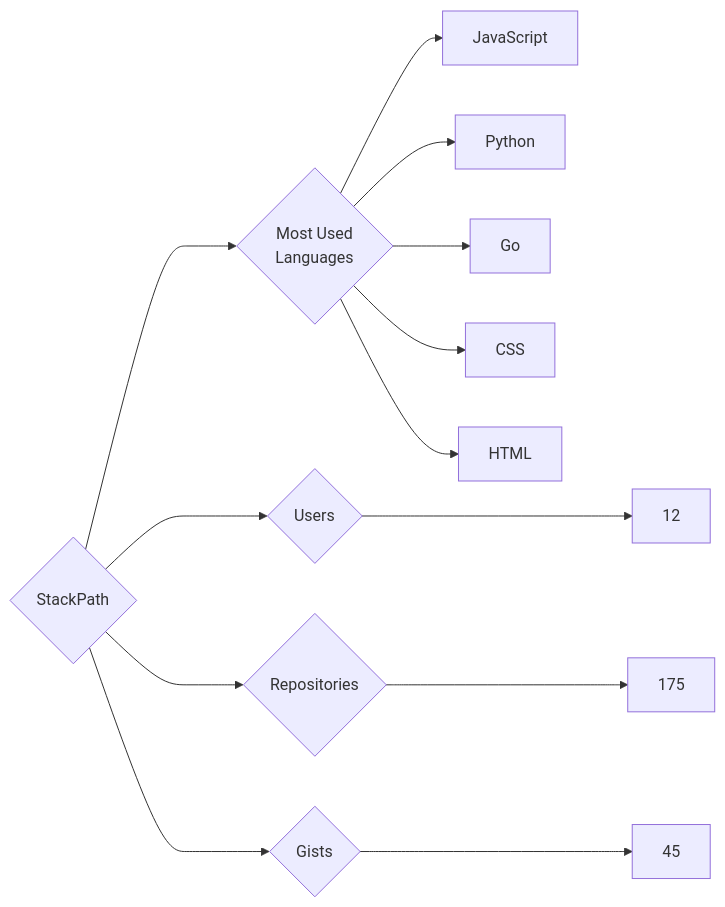
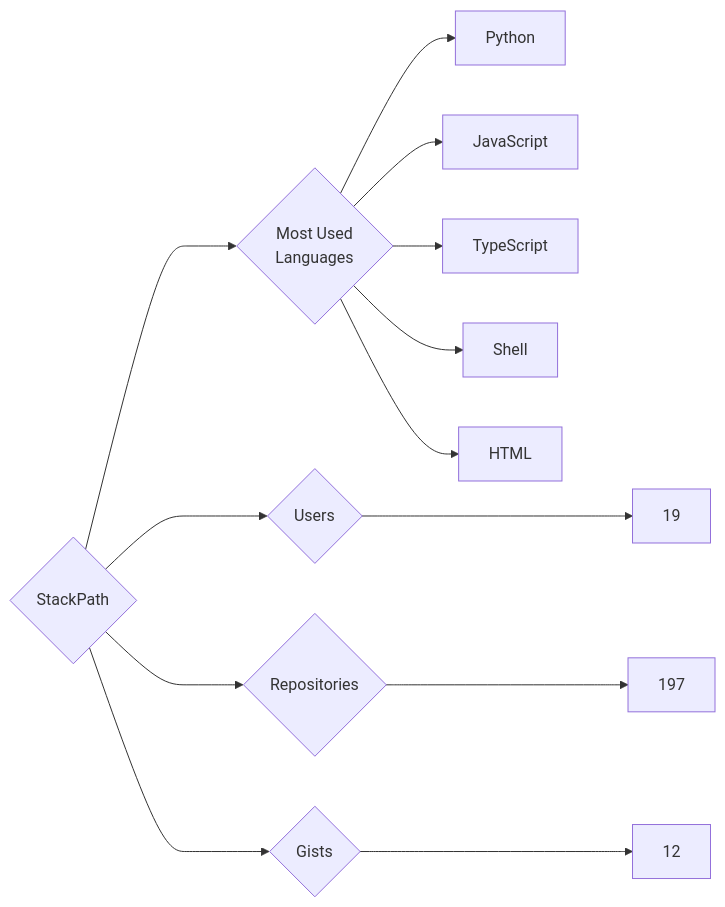
Before and after one commit to trickest/insiders: the diagram in targets/StackPath/README.md, drawn with Mermaid. The commit also changed 948 other files, not shown here.

````diff
--- a/targets/StackPath/README.md
+++ b/targets/StackPath/README.md
@@ -3,13 +3,13 @@
 ```mermaid
 graph LR
 COMPANY_NAME{StackPath}
-COMPANY_NAME ---> U{Users} ---> UN[12]
-COMPANY_NAME ---> R{Repositories} ---> RN[175]
-COMPANY_NAME ---> G{Gists} ---> GN[45]
+COMPANY_NAME ---> U{Users} ---> UN[19]
+COMPANY_NAME ---> R{Repositories} ---> RN[197]
+COMPANY_NAME ---> G{Gists} ---> GN[12]
 COMPANY_NAME ---> ML{Most Used<br>Languages}
+ML --> Python[Python]
 ML --> JavaScript[JavaScript]
-ML --> Python[Python]
-ML --> Go[Go]
-ML --> CSS[CSS]
+ML --> TypeScript[TypeScript]
+ML --> Shell[Shell]
 ML --> HTML[HTML]
 ```
````
